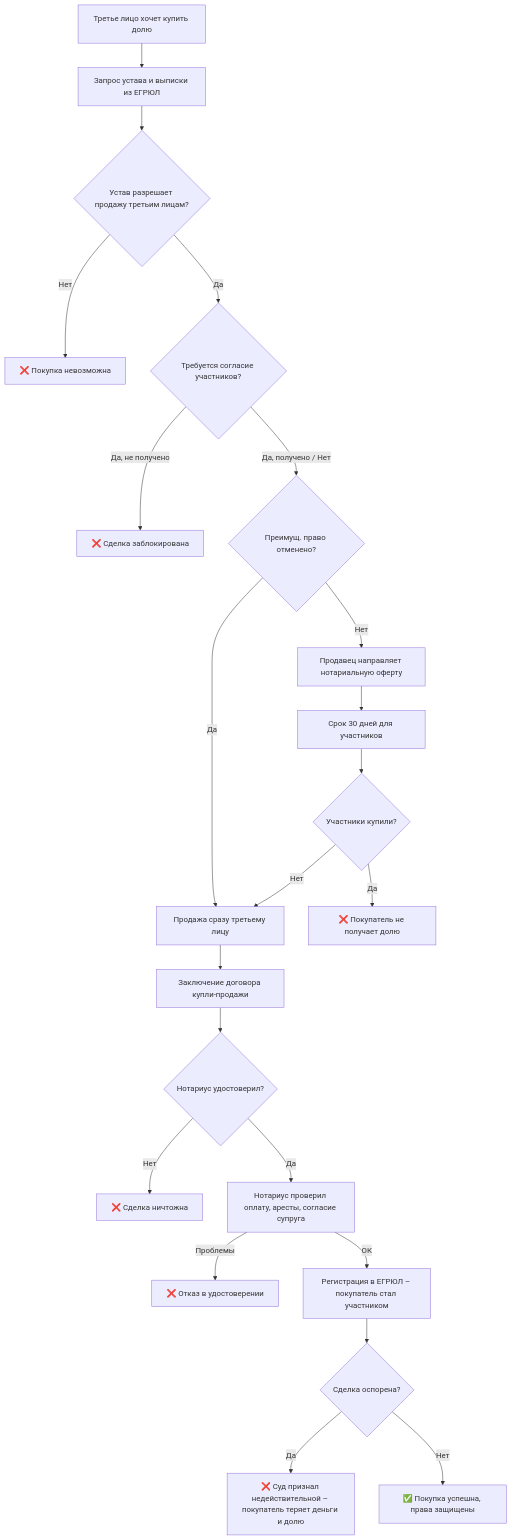
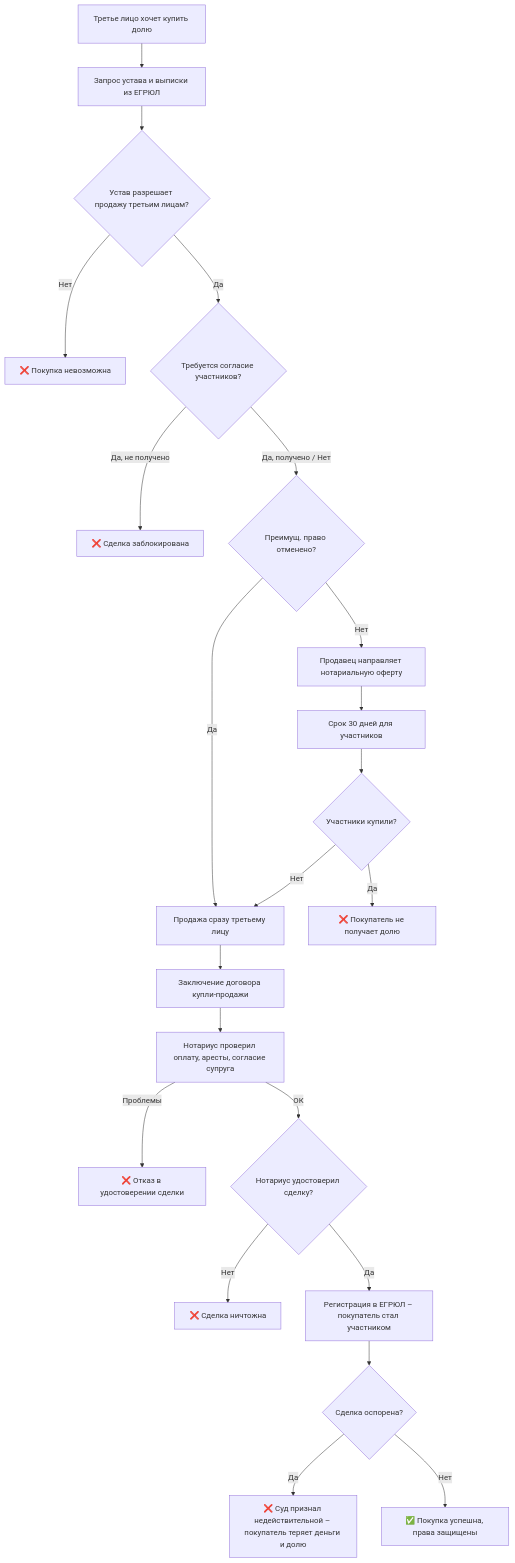
Before and after one commit to arsenyuk/SamorodinkaTech.Fiducia: the fourth of 4 diagrams in docs/business-processes/llc-share-purchase-sale.md, drawn with Mermaid. The commit also changed other lines of this file, not shown here.

Commit message:
docs(llc): исправить порядок проверки/удостоверения в схемах 12 и 14; уточнить «Отказ в удостоверении сделки»

````diff
--- a/docs/business-processes/llc-share-purchase-sale.md
+++ b/docs/business-processes/llc-share-purchase-sale.md
@@ -261,24 +262,24 @@
 ```mermaid
 flowchart TD
     A["Третье лицо хочет купить долю"] --> B["Запрос устава и выписки из ЕГРЮЛ"]
     B --> C{Устав разрешает продажу третьим лицам?}
     C -->|Нет| D["❌ Покупка невозможна"]
     C -->|Да| E{Требуется согласие участников?}
     E -->|"Да, не получено"| F["❌ Сделка заблокирована"]
     E -->|"Да, получено / Нет"| G{Преимущ. право отменено?}
     G -->|Да| H["Продажа сразу третьему лицу"]
     G -->|Нет| I["Продавец направляет нотариальную оферту"]
     I --> J["Срок 30 дней для участников"]
     J --> K{Участники купили?}
     K -->|Да| L["❌ Покупатель не получает долю"]
     K -->|Нет| H
     H --> M["Заключение договора купли-продажи"]
-    M --> N{Нотариус удостоверил?}
+    M --> P["Нотариус проверил оплату, аресты, согласие супруга"]
+    P -->|Проблемы| Q["❌ Отказ в удостоверении сделки"]
+    P -->|ОК| N{Нотариус удостоверил сделку?}
     N -->|Нет| O["❌ Сделка ничтожна"]
-    N -->|Да| P["Нотариус проверил оплату, аресты, согласие супруга"]
-    P -->|Проблемы| Q["❌ Отказ в удостоверении"]
-    P -->|ОК| R["Регистрация в ЕГРЮЛ – покупатель стал участником"]
+    N -->|Да| R["Регистрация в ЕГРЮЛ – покупатель стал участником"]
     R --> S{Сделка оспорена?}
     S -->|Да| T["❌ Суд признал недействительной – покупатель теряет деньги и долю"]
     S -->|Нет| U["✅ Покупка успешна, права защищены"]
 ```
````
